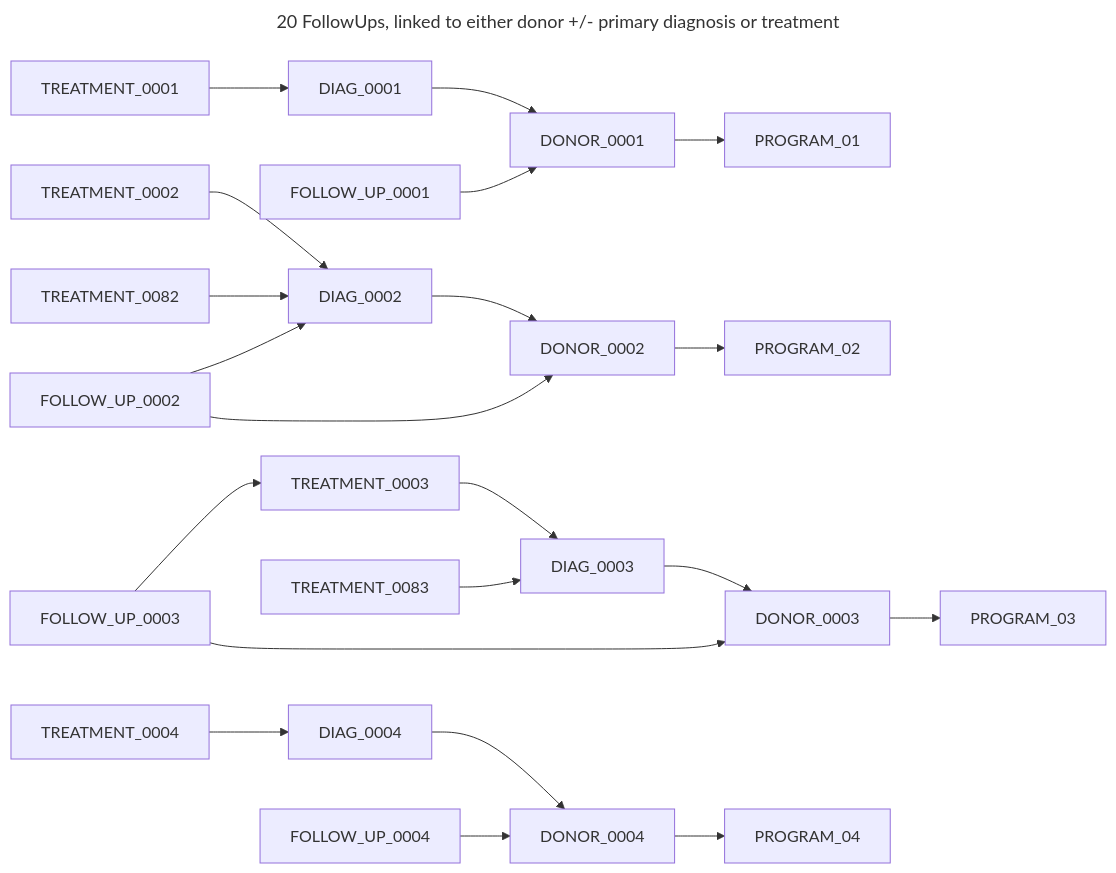
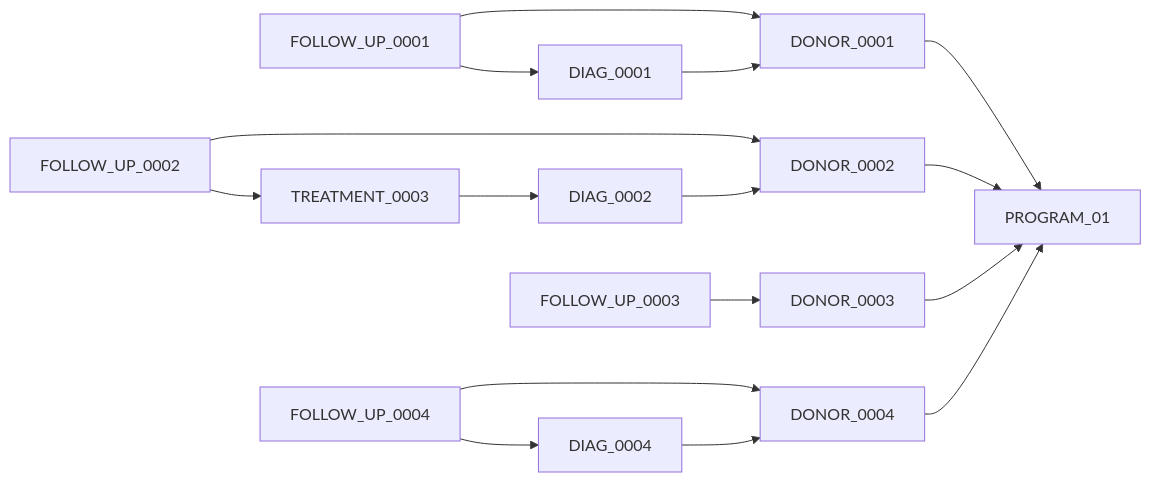
Before and after one commit to CanDIG/katsu: the eighth of 9 diagrams in chord_metadata_service/mohpackets/data/small_dataset/README.md, drawn with Mermaid. The commit also changed other lines of this file, not shown here.

````diff
--- a/chord_metadata_service/mohpackets/data/small_dataset/README.md
+++ b/chord_metadata_service/mohpackets/data/small_dataset/README.md
@@ -115,23 +142,10 @@
 ```mermaid
----
-title: 20 FollowUps, linked to either donor +/- primary diagnosis or treatment
----
-graph LR;  
-  DIAG_0001 --> DONOR_0001 --> PROGRAM_01;  
-  DIAG_0002 --> DONOR_0002 --> PROGRAM_02;  
-  DIAG_0003 --> DONOR_0003 --> PROGRAM_03;  
-  DIAG_0004 --> DONOR_0004 --> PROGRAM_04;
-  TREATMENT_0001 --> DIAG_0001; 
-  TREATMENT_0002 --> DIAG_0002; 
-  TREATMENT_0082 --> DIAG_0002;  
-  TREATMENT_0003 --> DIAG_0003; 
-  TREATMENT_0083 --> DIAG_0003; 
-  TREATMENT_0004 --> DIAG_0004; 
-  FOLLOW_UP_0001 --> DONOR_0001;  
-  FOLLOW_UP_0002 --> DIAG_0002;
-  FOLLOW_UP_0002 --> DONOR_0002; 
-  FOLLOW_UP_0003 --> DONOR_0003; 
-  FOLLOW_UP_0003 --> TREATMENT_0003;  
-  FOLLOW_UP_0004 --> DONOR_0004
-  
+graph LR;
+  FOLLOW_UP_0001 --> DONOR_0001;
+  FOLLOW_UP_0001 --> DIAG_0001 --> DONOR_0001 --> PROGRAM_01;  
+  FOLLOW_UP_0002 --> DONOR_0002 --> PROGRAM_01;
+  FOLLOW_UP_0002 --> TREATMENT_0003 --> DIAG_0002 --> DONOR_0002;
+  FOLLOW_UP_0003 --> DONOR_0003 --> PROGRAM_01; 
+  FOLLOW_UP_0004 --> DONOR_0004 --> PROGRAM_01;
+  FOLLOW_UP_0004 --> DIAG_0004 --> DONOR_0004;
 ```
````
